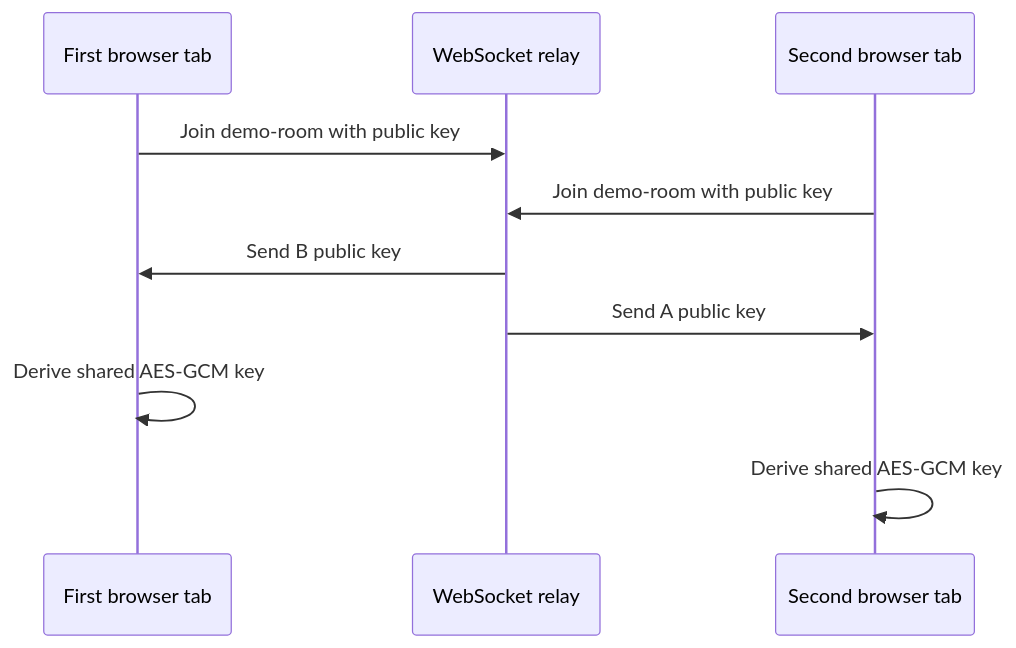
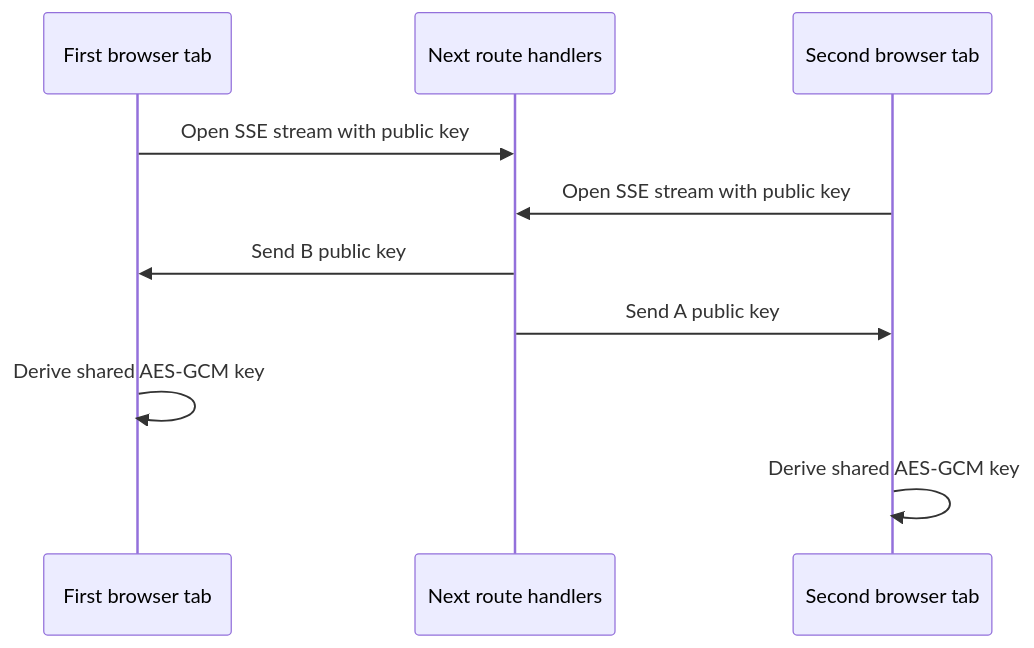
The second of 3 diagrams in docs/how-to-run.md (matthewlovestocode/e2echat), drawn with Mermaid before and after one commit. The commit also changed other lines of this file and 19 other files, not shown here.

Commit message:
Use Next route handlers for realtime relay

````diff
--- a/docs/how-to-run.md
+++ b/docs/how-to-run.md
@@ -146,13 +144,13 @@
 ```mermaid
 sequenceDiagram
   participant A as First browser tab
-  participant S as WebSocket relay
+  participant S as Next route handlers
   participant B as Second browser tab
 
-  A->>S: Join demo-room with public key
-  B->>S: Join demo-room with public key
+  A->>S: Open SSE stream with public key
+  B->>S: Open SSE stream with public key
   S->>A: Send B public key
   S->>B: Send A public key
   A->>A: Derive shared AES-GCM key
   B->>B: Derive shared AES-GCM key
 ```
````
